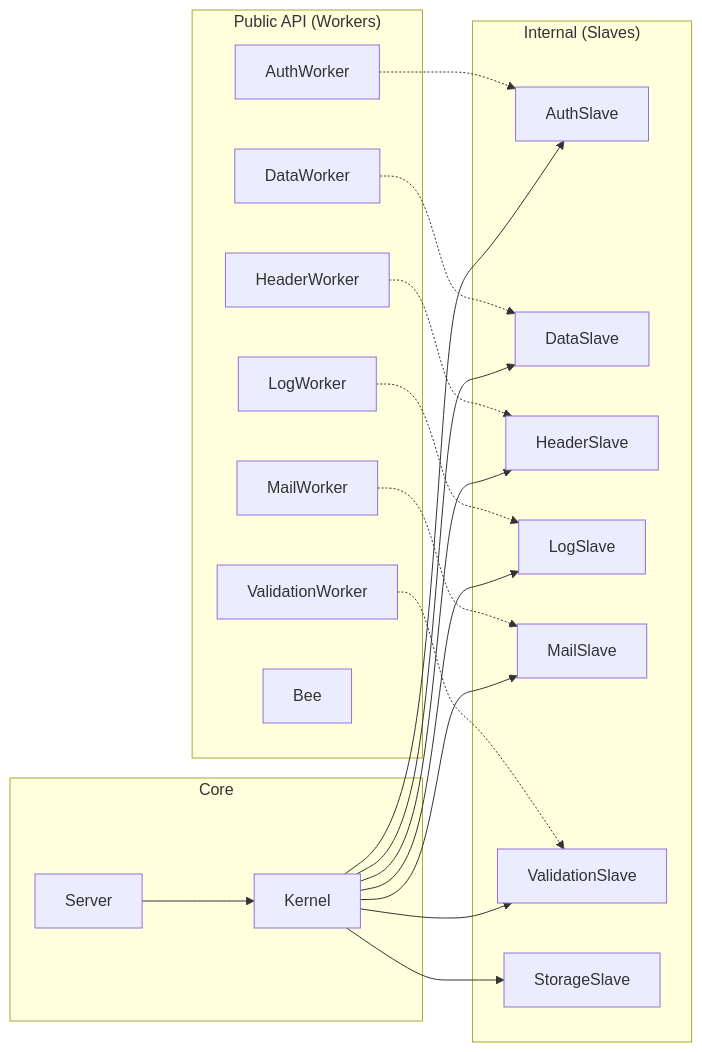
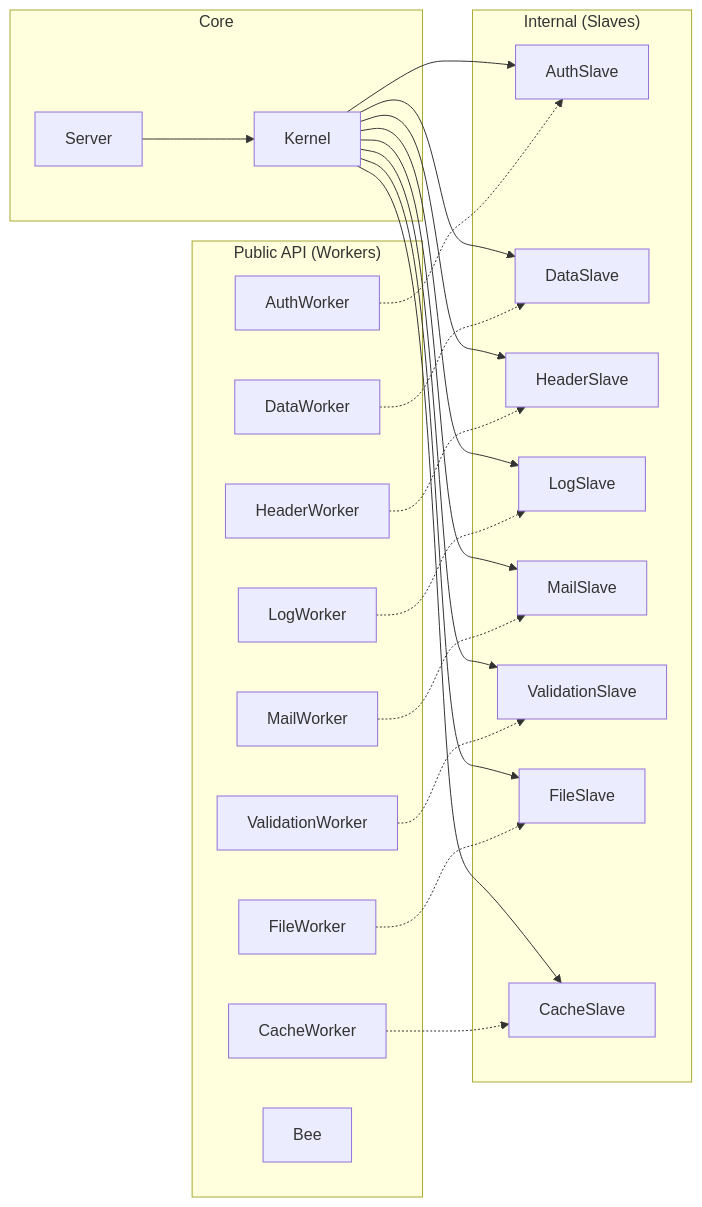
One commit to arkhyst/fast-raven-skeleton changed the second of 2 diagrams in docs/FRAMEWORK.md. Above: the diagram before and after it, drawn with Mermaid. The commit also changed other lines of this file, not shown here.

````diff
--- a/docs/FRAMEWORK.md
+++ b/docs/FRAMEWORK.md
@@ -56,36 +56,41 @@
 ```mermaid
 graph LR
     subgraph "Public API (Workers)"
         AW[AuthWorker]
         DW[DataWorker]
         HW[HeaderWorker]
         LW[LogWorker]
         MW[MailWorker]
         VW[ValidationWorker]
+        FW[FileWorker]
+        CW[CacheWorker]
         Bee[Bee]
     end
     
     subgraph "Internal (Slaves)"
         AS[AuthSlave]
         DS[DataSlave]
         HS[HeaderSlave]
         LS[LogSlave]
         MS[MailSlave]
         VS[ValidationSlave]
-        SS[StorageSlave]
+        FS[FileSlave]
+        CS[CacheSlave]
     end
     
     subgraph "Core"
         K[Kernel]
         S[Server]
     end
     
     S --> K
-    K --> AS & DS & HS & LS & MS & VS & SS
+    K --> AS & DS & HS & LS & MS & VS & FS & CS
     AW -.-> AS
     DW -.-> DS
     HW -.-> HS
     LW -.-> LS
     MW -.-> MS
     VW -.-> VS
+    FW -.-> FS
+    CW -.-> CS
 ```
````
